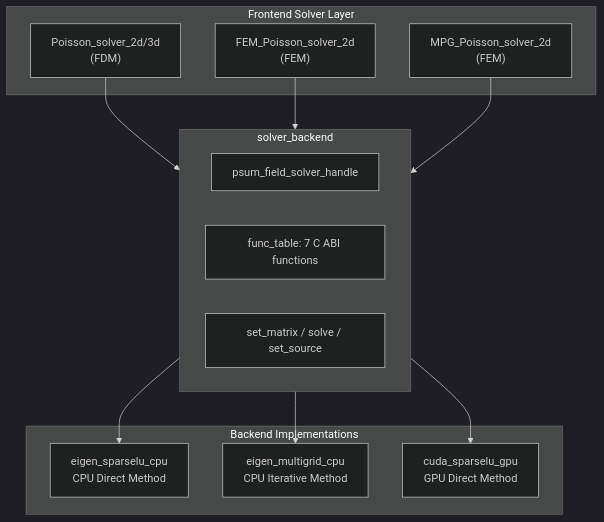
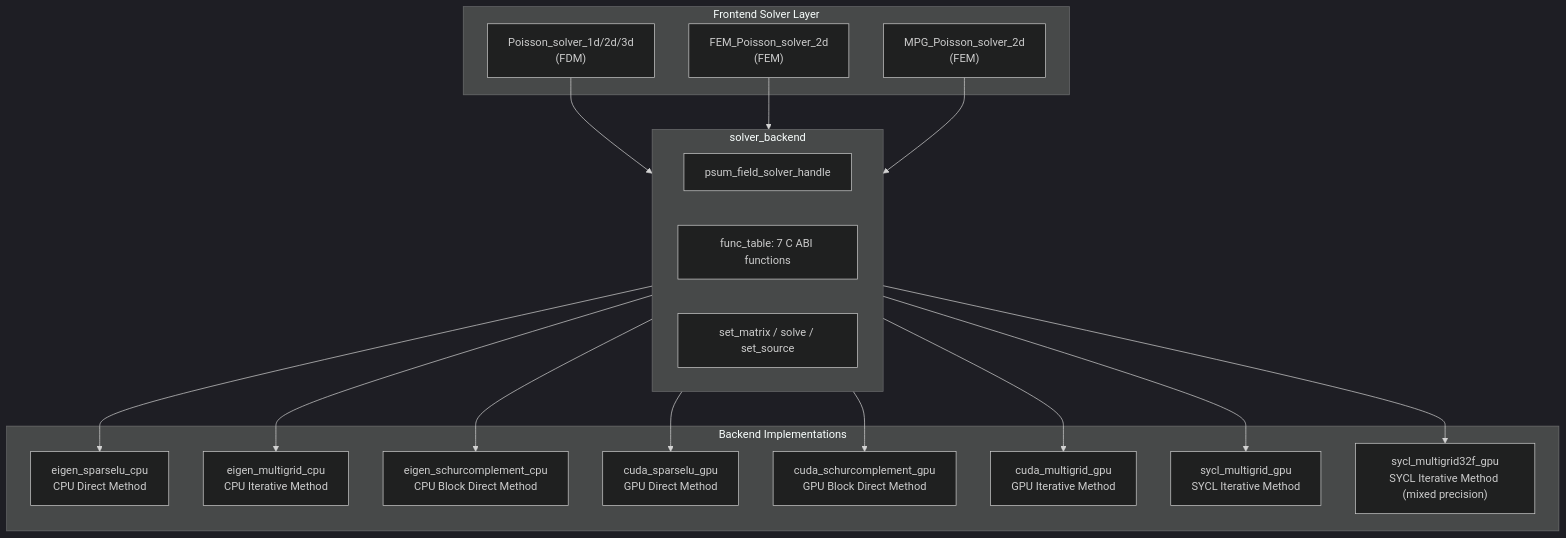
The first of 2 diagrams in docs/detailed_design/field_solver_backend_en.md (psum-team/PSuM), drawn with Mermaid (dark theme) before and after one commit. The commit also changed other lines of this file and 13 other files, not shown here.

````diff
--- a/docs/detailed_design/field_solver_backend_en.md
+++ b/docs/detailed_design/field_solver_backend_en.md
@@ -30,28 +30,38 @@
 ```mermaid
 graph TB
     subgraph Frontend["Frontend Solver Layer"]
-        FDM["Poisson_solver_2d/3d<br/>(FDM)"]
+        FDM["Poisson_solver_1d/2d/3d<br/>(FDM)"]
         FEM["FEM_Poisson_solver_2d<br/>(FEM)"]
         MPG["MPG_Poisson_solver_2d<br/>(FEM)"]
     end
 
     subgraph Backend["solver_backend"]
         B1["psum_field_solver_handle"]
         B2["func_table: 7 C ABI functions"]
         B3["set_matrix / solve / set_source"]
     end
 
     FDM --> Backend
     FEM --> Backend
     MPG --> Backend
 
     subgraph Backends["Backend Implementations"]
         BE1["eigen_sparselu_cpu<br/>CPU Direct Method"]
         BE2["eigen_multigrid_cpu<br/>CPU Iterative Method"]
-        BE3["cuda_sparselu_gpu<br/>GPU Direct Method"]
+        BE3["eigen_schurcomplement_cpu<br/>CPU Block Direct Method"]
+        BE4["cuda_sparselu_gpu<br/>GPU Direct Method"]
+        BE5["cuda_schurcomplement_gpu<br/>GPU Block Direct Method"]
+        BE6["cuda_multigrid_gpu<br/>GPU Iterative Method"]
+        BE7["sycl_multigrid_gpu<br/>SYCL Iterative Method"]
+        BE8["sycl_multigrid32f_gpu<br/>SYCL Iterative Method (mixed precision)"]
     end
 
     Backend --> BE1
     Backend --> BE2
     Backend --> BE3
+    Backend --> BE4
+    Backend --> BE5
+    Backend --> BE6
+    Backend --> BE7
+    Backend --> BE8
 ```
````
